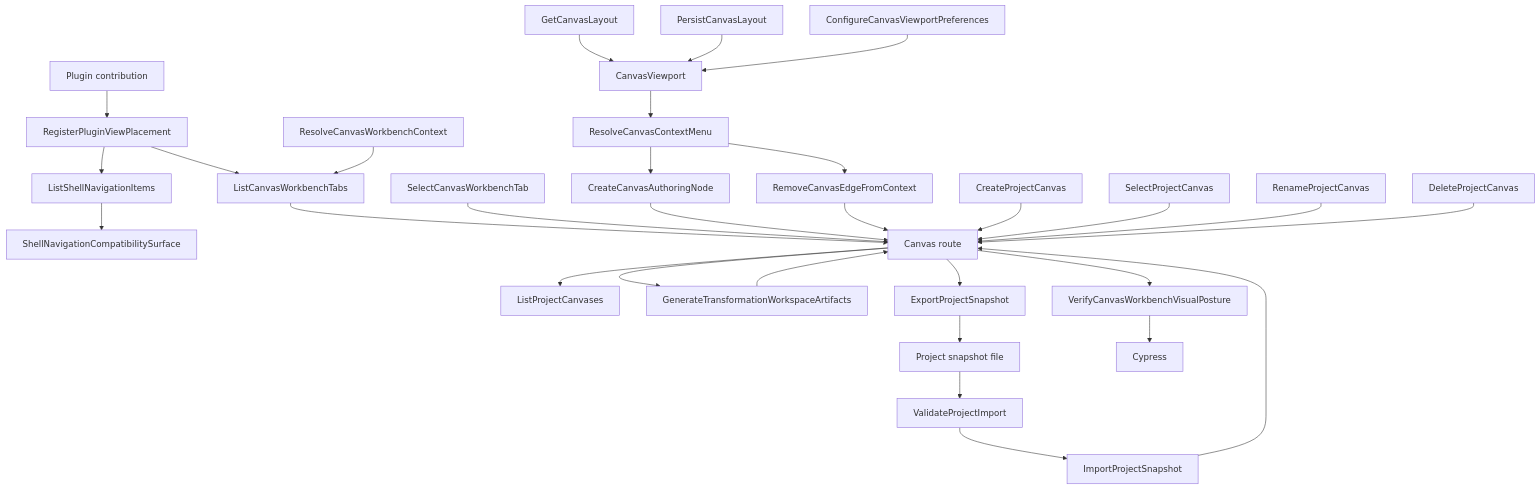
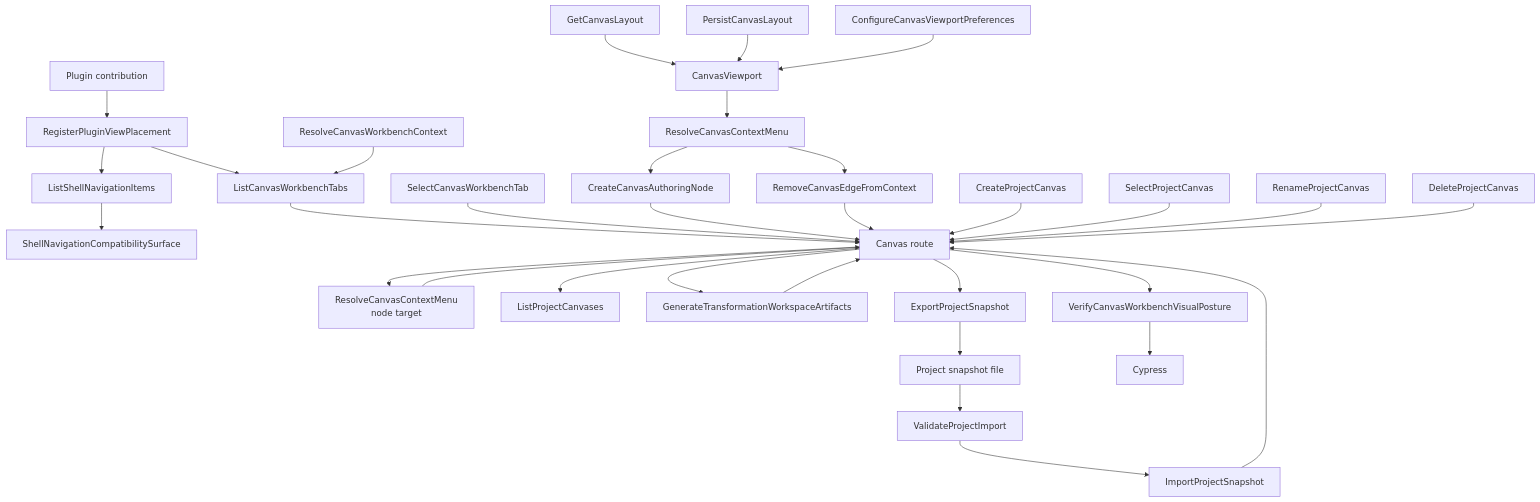
The diagram in docs/architecture/components/web/graph/canvas-workbench-command-query-catalog.md (dunay2/dvt), drawn with Mermaid before and after one commit. The commit also changed other lines of this file and 12 other files, not shown here.

Commit message:
feat(web): Add canvas node properties panel

````diff
--- a/docs/architecture/components/web/graph/canvas-workbench-command-query-catalog.md
+++ b/docs/architecture/components/web/graph/canvas-workbench-command-query-catalog.md
@@ -173,60 +173,63 @@
 ```mermaid
 flowchart TD
   Plugin["Plugin contribution"]
   Placement["RegisterPluginViewPlacement"]
   ShellQuery["ListShellNavigationItems"]
   CanvasQuery["ListCanvasWorkbenchTabs"]
   CanvasContext["ResolveCanvasWorkbenchContext"]
   SelectTab["SelectCanvasWorkbenchTab"]
   LayoutQuery["GetCanvasLayout"]
   LayoutCommand["PersistCanvasLayout"]
   Prefs["ConfigureCanvasViewportPreferences"]
   ContextMenu["ResolveCanvasContextMenu"]
+  NodeMenu["ResolveCanvasContextMenu<br>node target"]
   CreateNode["CreateCanvasAuthoringNode"]
   RemoveEdge["RemoveCanvasEdgeFromContext"]
   CanvasList["ListProjectCanvases"]
   CanvasCreate["CreateProjectCanvas"]
   CanvasSelect["SelectProjectCanvas"]
   CanvasRename["RenameProjectCanvas"]
   CanvasDelete["DeleteProjectCanvas"]
   GenerateTransformation["GenerateTransformationWorkspaceArtifacts"]
   ExportSnapshot["ExportProjectSnapshot"]
   ValidateImport["ValidateProjectImport"]
   ImportSnapshot["ImportProjectSnapshot"]
   VisualProof["VerifyCanvasWorkbenchVisualPosture"]
   Shell["ShellNavigationCompatibilitySurface"]
   Canvas["Canvas route"]
   Viewport["CanvasViewport"]
   File["Project snapshot file"]
   Cypress["Cypress"]
 
   Plugin --> Placement
   Placement --> ShellQuery
   Placement --> CanvasQuery
   ShellQuery --> Shell
   CanvasContext --> CanvasQuery
   CanvasQuery --> Canvas
   SelectTab --> Canvas
   LayoutQuery --> Viewport
   LayoutCommand --> Viewport
   Prefs --> Viewport
   Viewport --> ContextMenu
+  Canvas --> NodeMenu
   ContextMenu --> CreateNode
   ContextMenu --> RemoveEdge
+  NodeMenu --> Canvas
   CreateNode --> Canvas
   RemoveEdge --> Canvas
   Canvas --> CanvasList
   CanvasCreate --> Canvas
   CanvasSelect --> Canvas
   CanvasRename --> Canvas
   CanvasDelete --> Canvas
   Canvas --> GenerateTransformation
   GenerateTransformation --> Canvas
   Canvas --> ExportSnapshot
   ExportSnapshot --> File
   File --> ValidateImport
   ValidateImport --> ImportSnapshot
   ImportSnapshot --> Canvas
   Canvas --> VisualProof
   VisualProof --> Cypress
 ```
````
